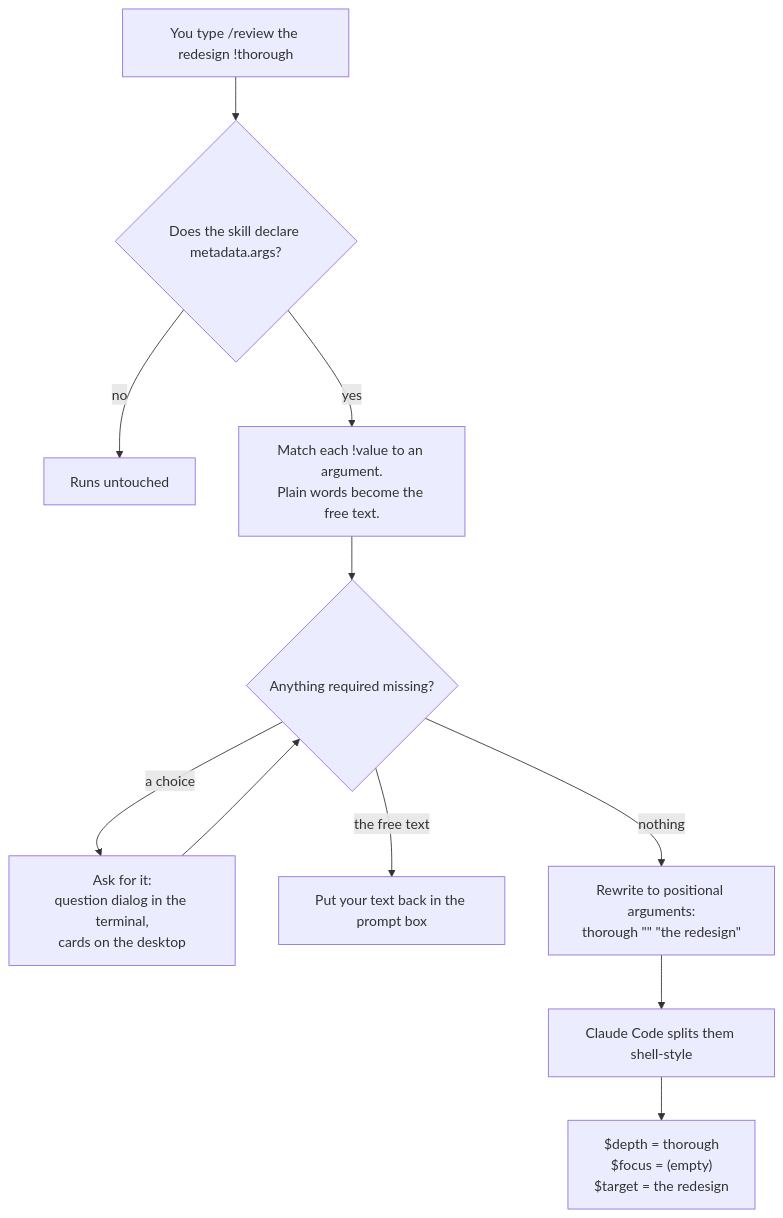
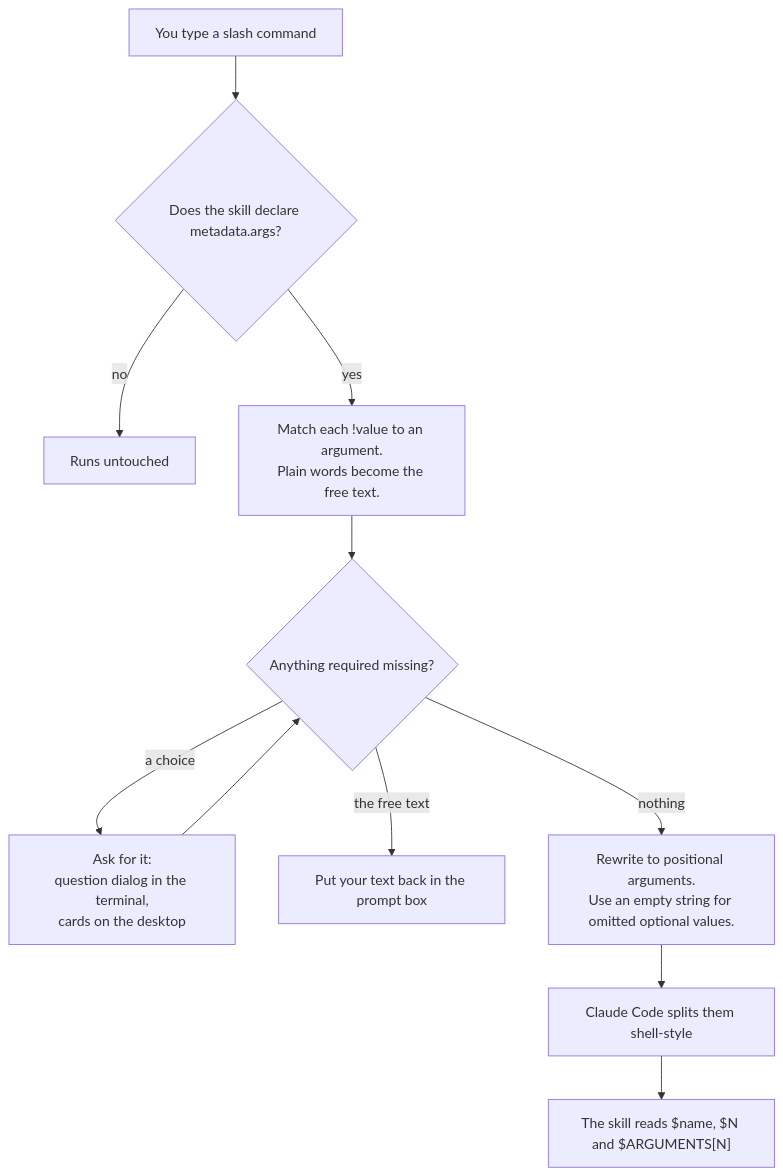
One commit to lfb0801/claude-skill-args changed the diagram in README.md. Above: the diagram before and after it, drawn with Mermaid. The commit also changed other lines of this file, not shown here.

````diff
--- a/README.md
+++ b/README.md
@@ -126,13 +215,13 @@
 ```mermaid
 flowchart TD
-    A["You type /review the redesign !thorough"] --> B{"Does the skill declare metadata.args?"}
+    A["You type a slash command"] --> B{"Does the skill declare metadata.args?"}
     B -- no --> Z["Runs untouched"]
     B -- yes --> C["Match each !value to an argument.<br/>Plain words become the free text."]
     C --> D{"Anything required missing?"}
     D -- "a choice" --> E["Ask for it:<br/>question dialog in the terminal,<br/>cards on the desktop"]
     E --> D
     D -- "the free text" --> F["Put your text back in the prompt box"]
-    D -- "nothing" --> G["Rewrite to positional arguments:<br/>thorough #quot;#quot; #quot;the redesign#quot;"]
+    D -- "nothing" --> G["Rewrite to positional arguments.<br/>Use an empty string for omitted optional values."]
     G --> H["Claude Code splits them shell-style"]
-    H --> I["$depth = thorough<br/>$focus = (empty)<br/>$target = the redesign"]
+    H --> I["The skill reads $name, $N and $ARGUMENTS[N]"]
 ```
````
